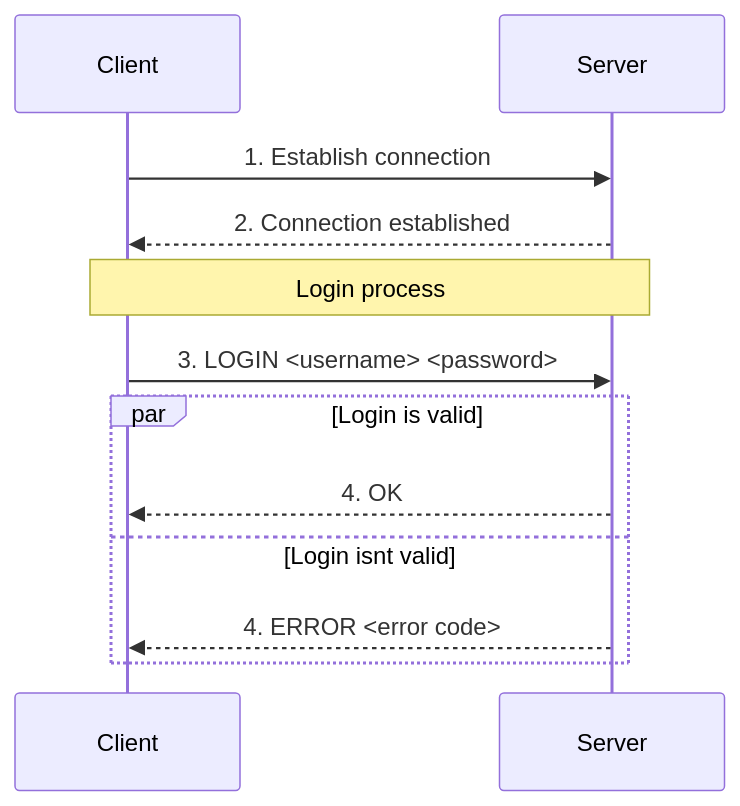
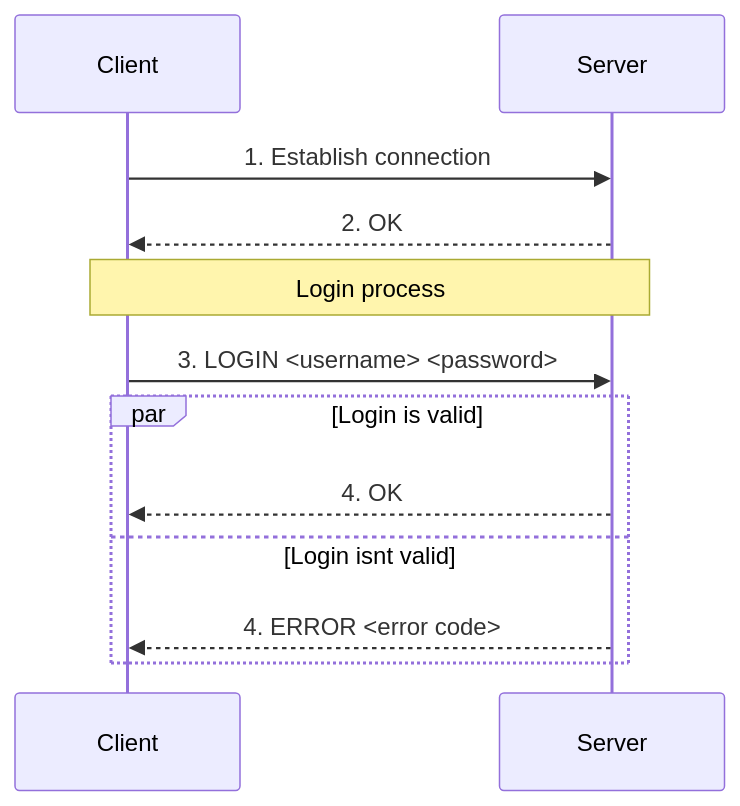
The first of 6 diagrams in README.md (MauroWasTaken/dai-pw02-bader-santos), drawn with Mermaid before and after one commit. The commit also changed other lines of this file and 1 other file, not shown here.

````diff
--- a/README.md
+++ b/README.md
@@ -270,12 +276,12 @@
 ```mermaid
 sequenceDiagram
     Client->>Server: 1. Establish connection
-    Server-->>Client: 2. Connection established
+    Server-->>Client: 2. OK
     Note over Client,Server: Login process
     Client->>Server: 3. LOGIN <username> <password>
     par Login is valid
 	    Server-->>Client: 4. OK
         and Login isnt valid 
         	    Server-->>Client: 4. ERROR <error code>
         end
 ```
````
